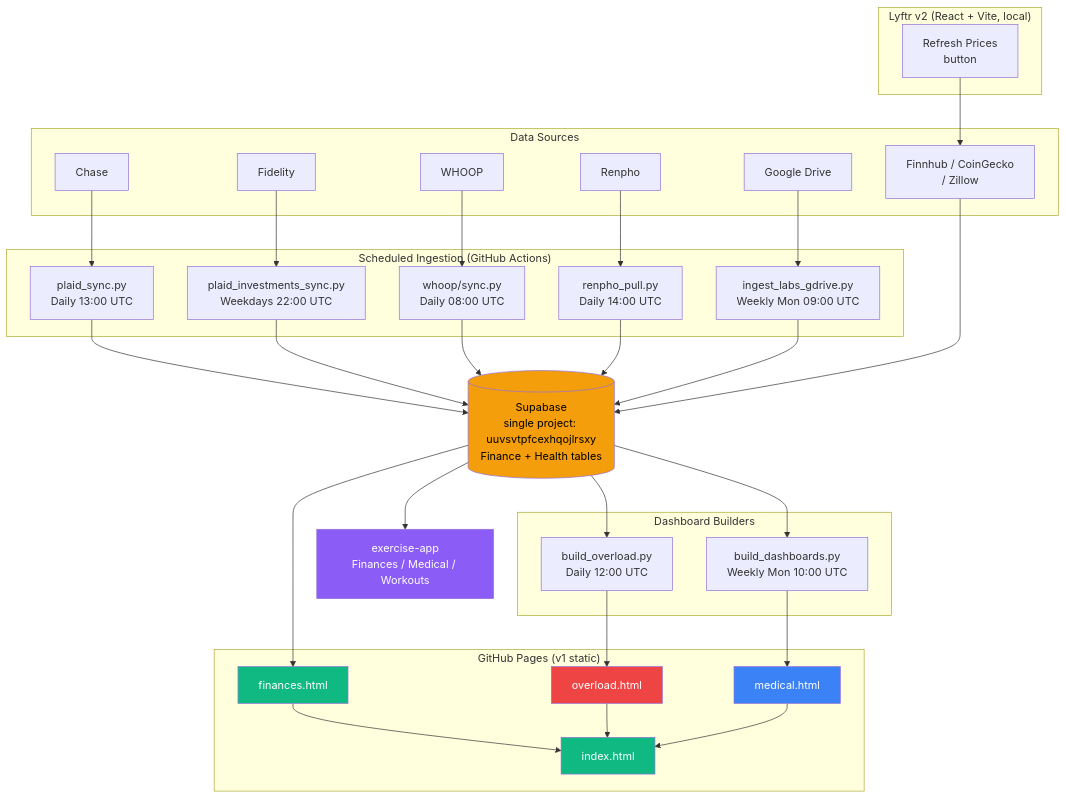
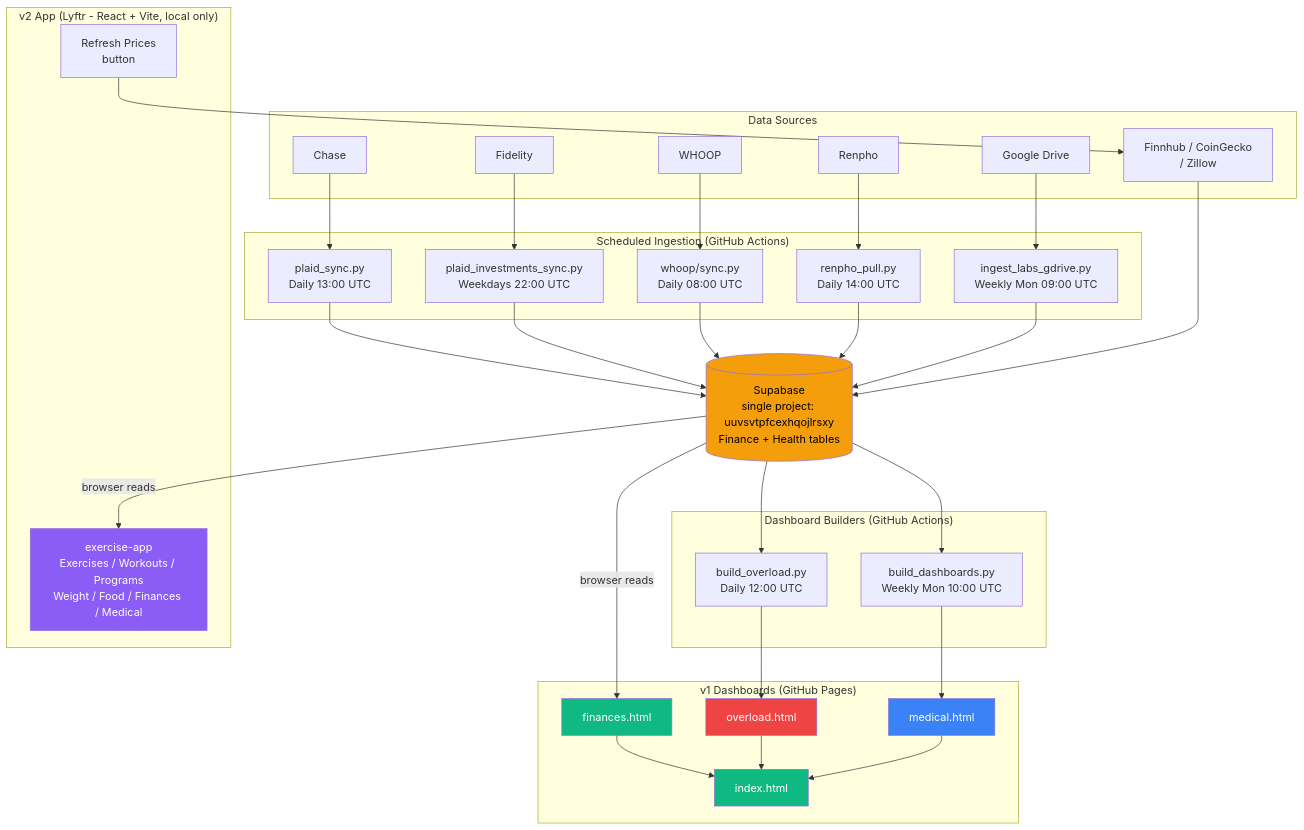
Before and after one commit to fernandomartinez-de/personal: the diagram in README.md, drawn with Mermaid.

Commit message:
docs: fix diagram - separate v1 (GitHub Pages) from v2 (local React app)

````diff
--- a/README.md
+++ b/README.md
@@ -254,73 +254,72 @@
 ```mermaid
 graph TB
     subgraph DS["Data Sources"]
         PRICES[Finnhub / CoinGecko<br/>/ Zillow]
         CHASE[Chase]
         FIDELITY[Fidelity]
         WHOOP[WHOOP]
         RENPHO[Renpho]
         GDRIVE[Google Drive]
-    end
-
-    subgraph LYFTR["Lyftr v2 (React + Vite, local)"]
-        REFRESH[Refresh Prices<br/>button]
     end
 
     subgraph GHA["Scheduled Ingestion (GitHub Actions)"]
         PLAID_CHASE[plaid_sync.py<br/>Daily 13:00 UTC]
         PLAID_INV[plaid_investments_sync.py<br/>Weekdays 22:00 UTC]
         WHOOP_SYNC[whoop/sync.py<br/>Daily 08:00 UTC]
         BODY_SYNC[renpho_pull.py<br/>Daily 14:00 UTC]
         LABS_INGEST[ingest_labs_gdrive.py<br/>Weekly Mon 09:00 UTC]
     end
 
     SUPA[(Supabase<br/>single project: uuvsvtpfcexhqojlrsxy<br/>Finance + Health tables)]
 
-    subgraph BUILD["Dashboard Builders"]
+    subgraph BUILD["Dashboard Builders (GitHub Actions)"]
         BUILD_FITNESS[build_overload.py<br/>Daily 12:00 UTC]
         BUILD_MEDICAL[build_dashboards.py<br/>Weekly Mon 10:00 UTC]
     end
 
-    subgraph GHP["GitHub Pages (v1 static)"]
+    subgraph V1["v1 Dashboards (GitHub Pages)"]
         DASH_FINANCE[finances.html]
         DASH_FITNESS[overload.html]
         DASH_MEDICAL[medical.html]
         LANDING[index.html]
     end
 
-    LYFTR_APP[exercise-app<br/>Finances / Medical / Workouts]
+    subgraph V2["v2 App (Lyftr - React + Vite, local only)"]
+        LYFTR_APP[exercise-app<br/>Exercises / Workouts / Programs<br/>Weight / Food / Finances / Medical]
+        REFRESH[Refresh Prices<br/>button]
+    end
 
     CHASE --> PLAID_CHASE
     FIDELITY --> PLAID_INV
     WHOOP --> WHOOP_SYNC
     RENPHO --> BODY_SYNC
     GDRIVE --> LABS_INGEST
 
     PLAID_CHASE --> SUPA
     PLAID_INV --> SUPA
     WHOOP_SYNC --> SUPA
     BODY_SYNC --> SUPA
     LABS_INGEST --> SUPA
 
-    SUPA --> LYFTR_APP
-    SUPA --> DASH_FINANCE
+    SUPA -->|browser reads| DASH_FINANCE
     SUPA --> BUILD_FITNESS
     SUPA --> BUILD_MEDICAL
 
     BUILD_FITNESS --> DASH_FITNESS
     BUILD_MEDICAL --> DASH_MEDICAL
 
     DASH_FINANCE --> LANDING
     DASH_FITNESS --> LANDING
     DASH_MEDICAL --> LANDING
 
+    SUPA -->|browser reads| LYFTR_APP
     REFRESH --> PRICES
     PRICES --> SUPA
 
     style LANDING fill:#10b981,color:#fff
     style DASH_FINANCE fill:#10b981,color:#fff
     style DASH_FITNESS fill:#ef4444,color:#fff
     style DASH_MEDICAL fill:#3b82f6,color:#fff
     style SUPA fill:#f59e0b,color:#000
     style LYFTR_APP fill:#8b5cf6,color:#fff
 ```
````
